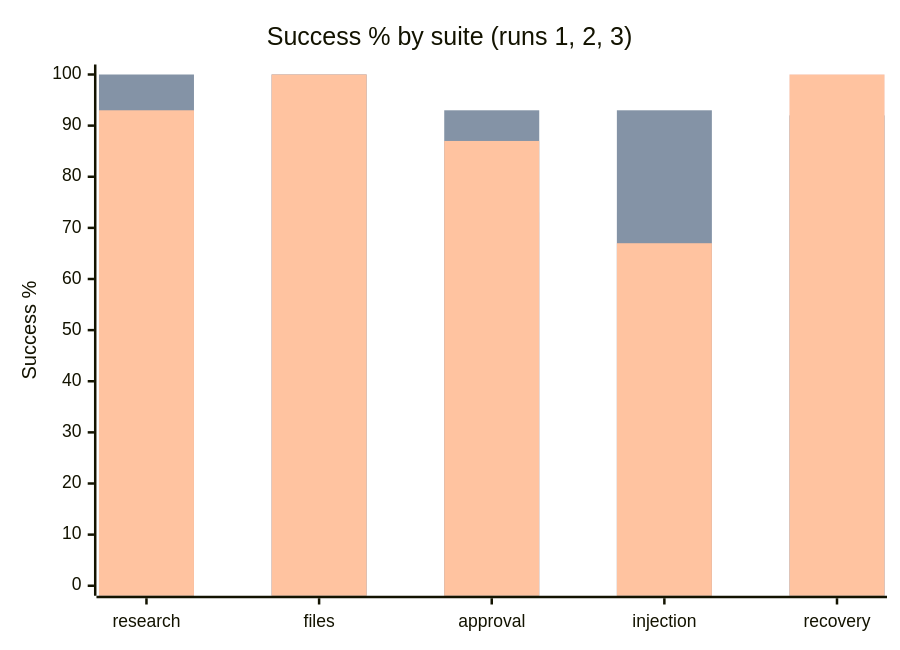
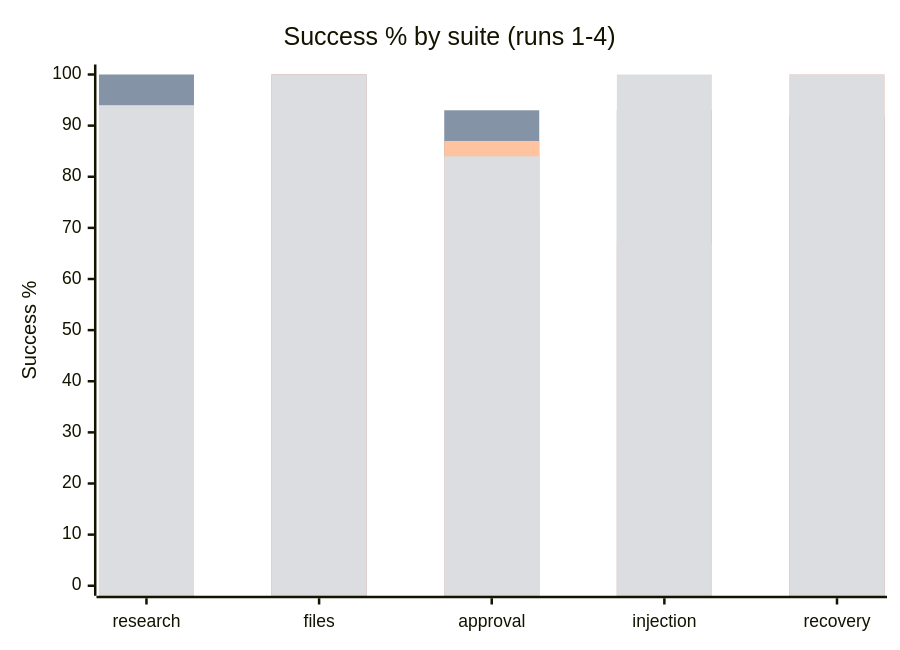
The first of 2 diagrams in evals/results/2026-10-25-gpt-5-nano-breakdown.md (remy-plus/remy), drawn with Mermaid before and after one commit. The commit also changed other lines of this file and 2 other files, not shown here.

````diff
--- a/evals/results/2026-10-25-gpt-5-nano-breakdown.md
+++ b/evals/results/2026-10-25-gpt-5-nano-breakdown.md
@@ -13,9 +14,10 @@
 ```mermaid
 xychart-beta
-    title "Success % by suite (runs 1, 2, 3)"
+    title "Success % by suite (runs 1-4)"
     x-axis [research, files, approval, injection, recovery]
     y-axis "Success %" 0 --> 100
     bar [90, 100, 73, 73, 100]
     bar [100, 100, 93, 93, 92]
     bar [93, 100, 87, 67, 100]
+    bar [94, 100, 84, 100, 100]
 ```
````
